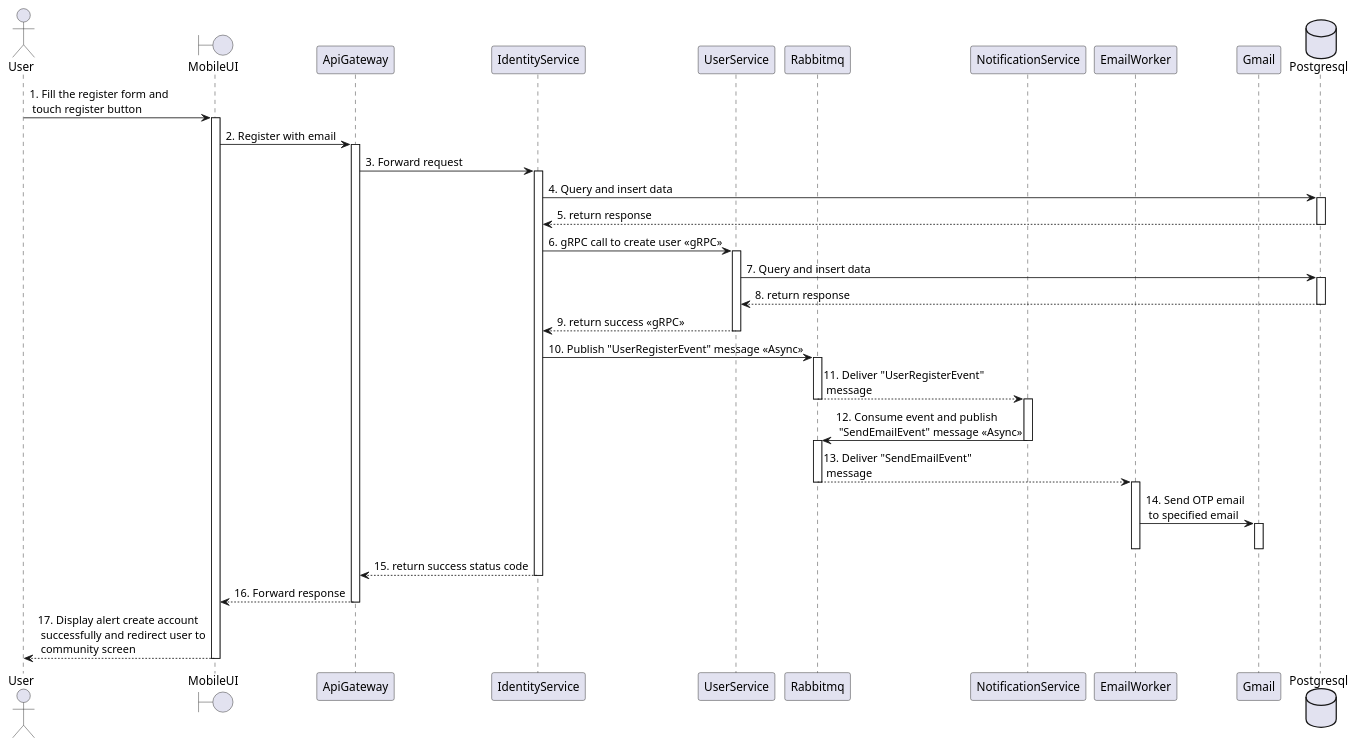
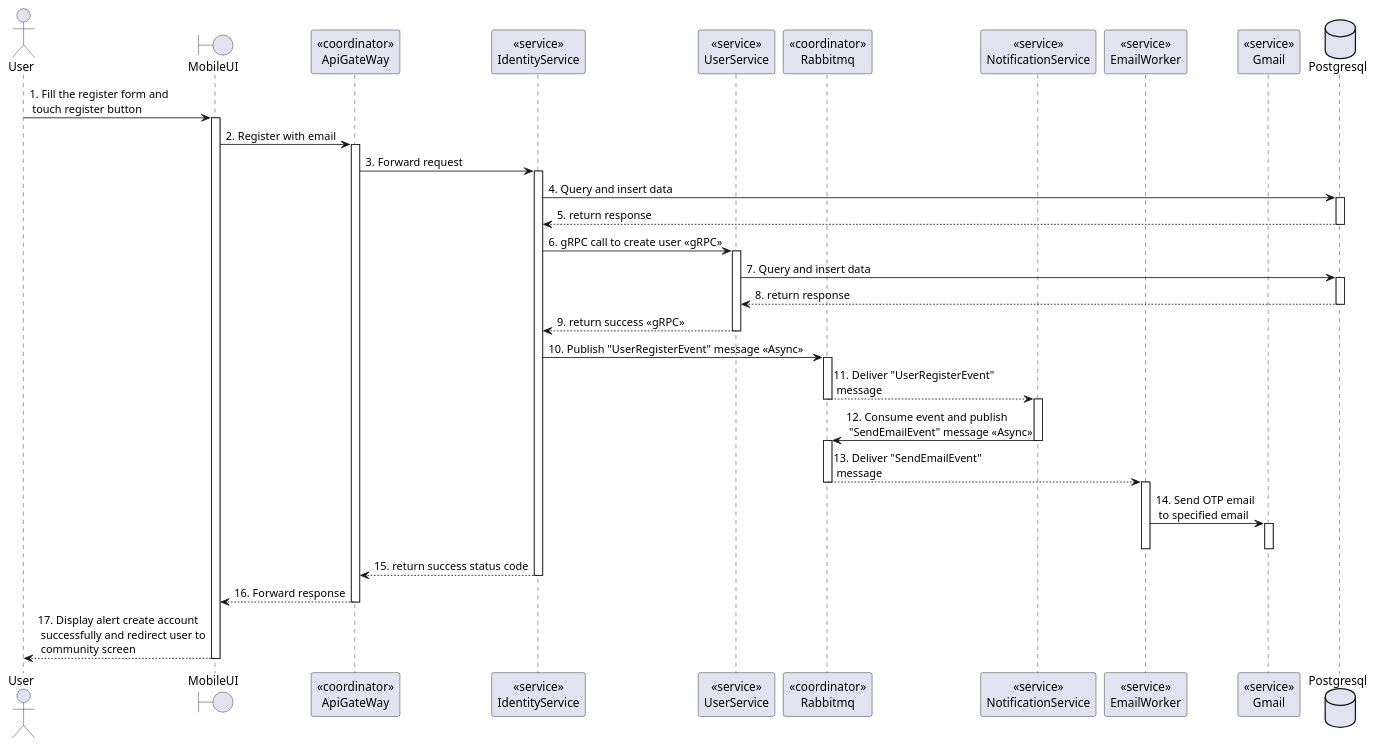
The diagram in doc/SDS/Identity/Register/Sequence.plantuml (Carl-Johnsons/tastopia), drawn with PlantUML before and after one commit. The commit also changed 2 other files, not shown here.

Commit message:
be: add login sequence diagram

```diff
--- a/doc/SDS/Identity/Register/Sequence.plantuml
+++ b/doc/SDS/Identity/Register/Sequence.plantuml
@@ -1,60 +1,60 @@
 @startuml Register
 actor User
 boundary MobileUI
-participant ApiGateway
-participant IdentityService
-participant UserService
-participant Rabbitmq
-participant NotificationService
-participant EmailWorker
-participant Gmail
+participant "<<coordinator>>\nApiGateWay" as ApiGateway
+participant "<<service>>\nIdentityService" as IdentityService
+participant "<<service>>\nUserService"  as UserService
+participant "<<coordinator>>\nRabbitmq"  as Rabbitmq
+participant "<<service>>\nNotificationService" as NotificationService
+participant "<<service>>\nEmailWorker" as EmailWorker
+participant "<<service>>\nGmail" as Gmail
+
 database Postgresql
-
 User -> MobileUI: 1. Fill the register form and \n touch register button
 activate MobileUI
 
 MobileUI -> ApiGateway: 2. Register with email
 activate ApiGateway
 
 ApiGateway -> IdentityService: 3. Forward request
 activate IdentityService
 
 database Postgresql
 IdentityService -> Postgresql: 4. Query and insert data
 activate Postgresql
 IdentityService <-- Postgresql: 5. return response
 deactivate Postgresql
 
 IdentityService -> UserService: 6. gRPC call to create user <<gRPC>>
 activate UserService
 UserService -> Postgresql: 7. Query and insert data
 activate Postgresql
 UserService <-- Postgresql: 8. return response
 deactivate Postgresql
 IdentityService <-- UserService: 9. return success <<gRPC>>
 deactivate UserService
 
 IdentityService -> Rabbitmq: 10. Publish "UserRegisterEvent" message <<Async>>
 activate Rabbitmq
 Rabbitmq --> NotificationService: 11. Deliver "UserRegisterEvent"\n message
 deactivate Rabbitmq
 activate NotificationService
 NotificationService -> Rabbitmq: 12. Consume event and publish \n "SendEmailEvent" message <<Async>>
 deactivate NotificationService
 activate Rabbitmq
 Rabbitmq --> EmailWorker: 13. Deliver "SendEmailEvent"\n message
 deactivate Rabbitmq
 activate EmailWorker
 EmailWorker -> Gmail: 14. Send OTP email\n to specified email
 activate Gmail
 deactivate EmailWorker
 deactivate Gmail
 
 ApiGateway <-- IdentityService: 15. return success status code
 deactivate IdentityService
 MobileUI <-- ApiGateway: 16. Forward response
 deactivate ApiGateway
 User <-- MobileUI: 17. Display alert create account\n successfully and redirect user to\n community screen
 deactivate MobileUI
 
 @enduml
```
